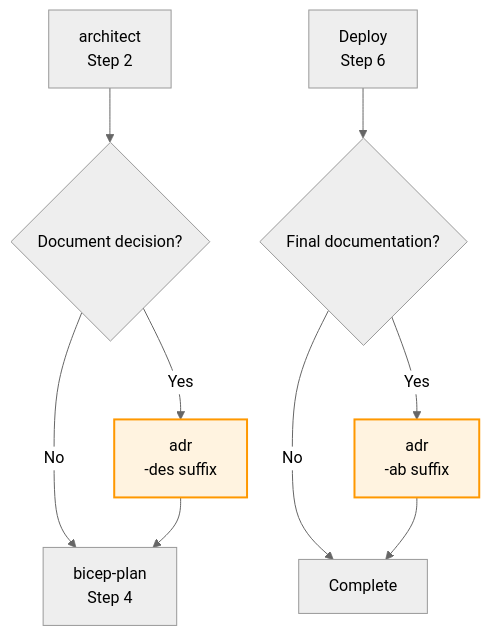
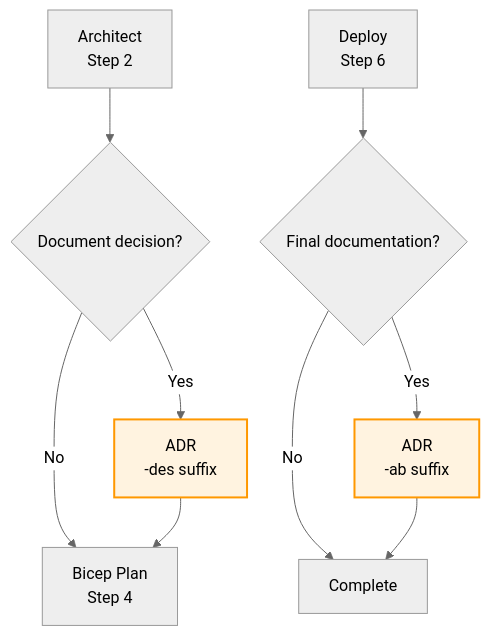
Before and after one commit to SmitaCnovate/azure-agentic-infraops: the diagram in .github/agents/adr.agent.md, drawn with Mermaid. The commit also changed other lines of this file and 2 other files, not shown here.

````diff
--- a/.github/agents/adr.agent.md
+++ b/.github/agents/adr.agent.md
@@ -305,15 +305,15 @@
 ```mermaid
 %%{init: {'theme':'neutral'}}%%
 graph TD
-    A[architect<br/>Step 2] --> D{Document decision?}
-    D -->|Yes| ADR[adr<br/>-des suffix]
-    D -->|No| B[bicep-plan<br/>Step 4]
+    A[Architect<br/>Step 2] --> D{Document decision?}
+    D -->|Yes| ADR[ADR<br/>-des suffix]
+    D -->|No| B[Bicep Plan<br/>Step 4]
     ADR --> B
     DEP[Deploy<br/>Step 6] --> F{Final documentation?}
-    F -->|Yes| ADR2[adr<br/>-ab suffix]
+    F -->|Yes| ADR2[ADR<br/>-ab suffix]
     F -->|No| Done[Complete]
     ADR2 --> Done
 
     style ADR fill:#fff3e0,stroke:#ff9800,stroke-width:2px
     style ADR2 fill:#fff3e0,stroke:#ff9800,stroke-width:2px
 ```
````
